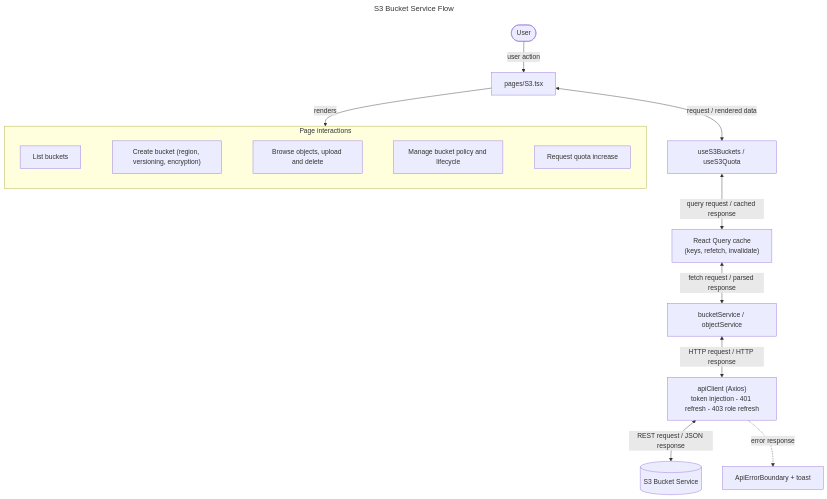
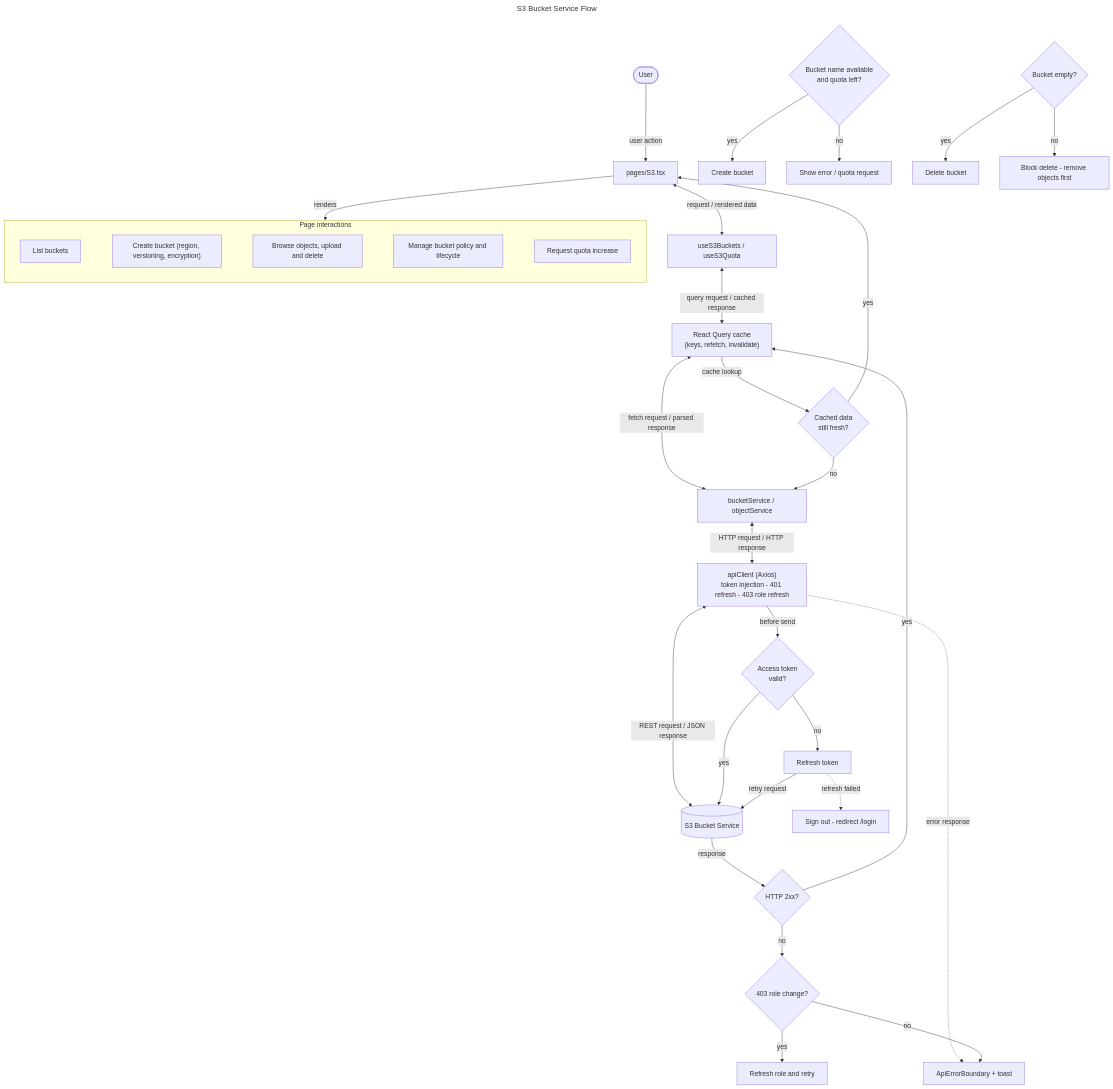
The diagram in docs/flowcharts/s3.mmd (sayeeduddinofficial/user-table-view), drawn with Mermaid before and after one commit. The commit also changed 18 other files, not shown here.

```diff
--- a/docs/flowcharts/s3.mmd
+++ b/docs/flowcharts/s3.mmd
@@ -1,21 +1,41 @@
 ---
 title: S3 Bucket Service Flow
 ---
 flowchart TD
   U([User]) -->|"user action"| P["pages/S3.tsx"]
   P <-->|"request / rendered data"| H["useS3Buckets / useS3Quota"]
   H <-->|"query request / cached response"| Q["React Query cache<br/>(keys, refetch, invalidate)"]
   Q <-->|"fetch request / parsed response"| A["bucketService / objectService"]
   A <-->|"HTTP request / HTTP response"| C["apiClient (Axios)<br/>token injection - 401 refresh - 403 role refresh"]
   C <-->|"REST request / JSON response"| S[("S3 Bucket Service")]
   P -->|"renders"| UI
   subgraph UI[Page interactions]
     direction LR
     S0["List buckets"]
     S1["Create bucket (region, versioning, encryption)"]
     S2["Browse objects, upload and delete"]
     S3["Manage bucket policy and lifecycle"]
     S4["Request quota increase"]
     S0 ~~~ S1 ~~~ S2 ~~~ S3 ~~~ S4
   end
   C -. "error response" .-> E["ApiErrorBoundary + toast"]
+
+  %% ---- Condition-based paths ----
+  Q -->|"cache lookup"| D1{"Cached data<br/>still fresh?"}
+  D1 -->|"yes"| P
+  D1 -->|"no"| A
+  C -->|"before send"| D2{"Access token<br/>valid?"}
+  D2 -->|"yes"| S
+  D2 -->|"no"| RT["Refresh token"]
+  RT -->|"retry request"| S
+  RT -. "refresh failed" .-> LO["Sign out - redirect /login"]
+  S -->|"response"| D3{"HTTP 2xx?"}
+  D3 -->|"yes"| Q
+  D3 -->|"no"| D4{"403 role change?"}
+  D4 -->|"yes"| RR["Refresh role and retry"]
+  D4 -->|"no"| E
+  %% ---- Service specific decisions ----
+  X0{"Bucket name available<br/>and quota left?"} -->|"yes"| X1["Create bucket"]
+  X0 -->|"no"| X2["Show error / quota request"]
+  X3{"Bucket empty?"} -->|"yes"| X4["Delete bucket"]
+  X3 -->|"no"| X5["Block delete - remove objects first"]
```
